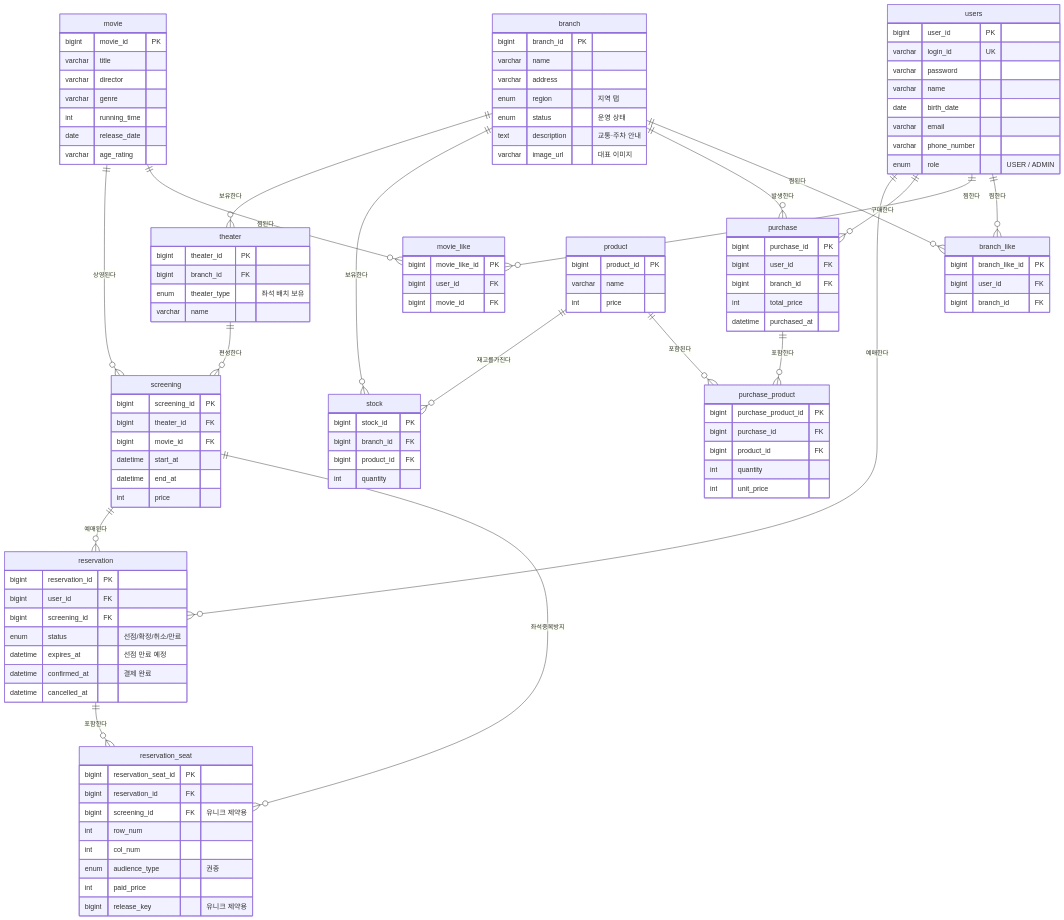
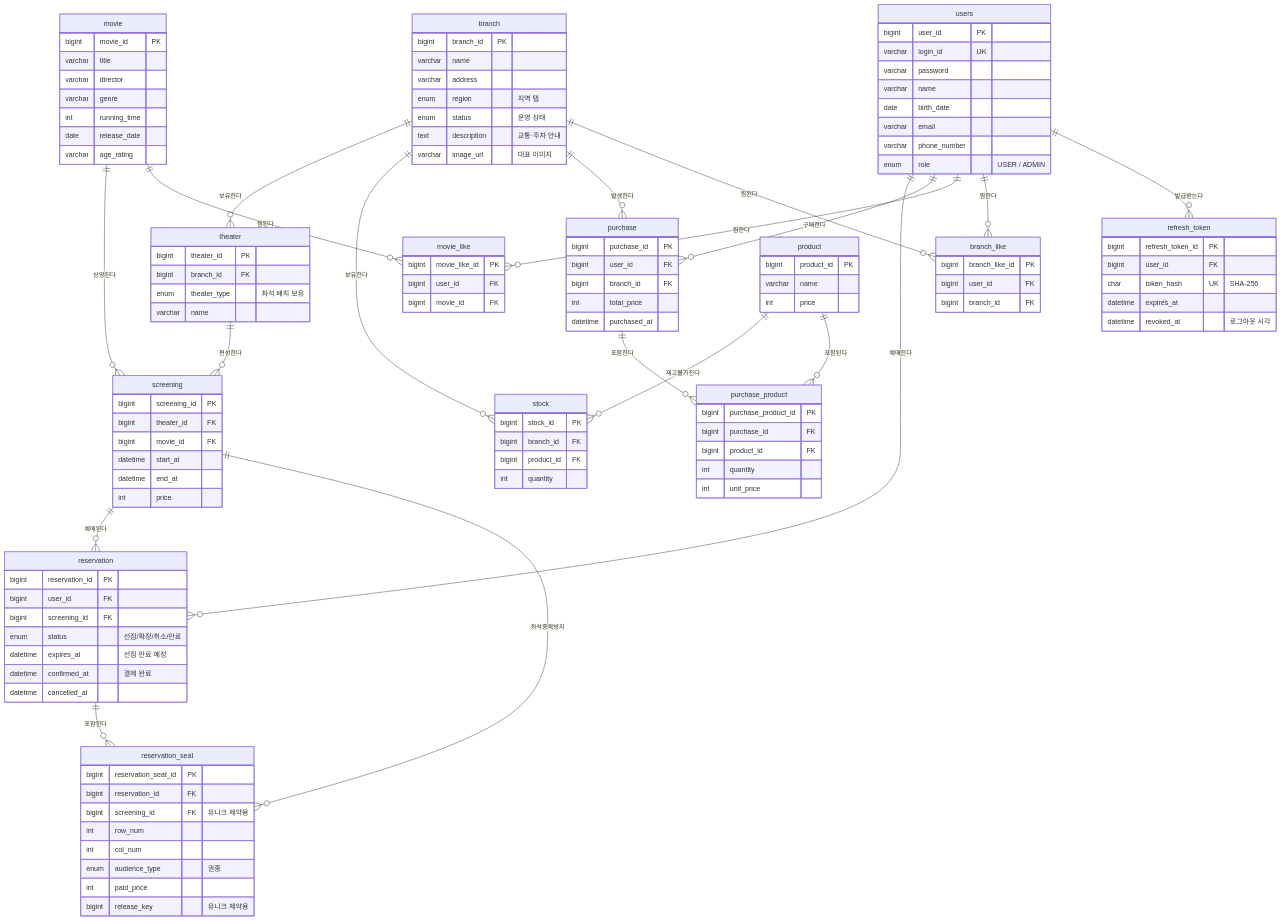
Before and after one commit to CEOS-Developers/spring-cgv-24th: the first of 2 diagrams in README.md, drawn with Mermaid. The commit also changed other lines of this file and 1 other file, not shown here.

````diff
--- a/README.md
+++ b/README.md
@@ -9,6 +9,7 @@
     users ||--o{ purchase : "구매한다"
     users ||--o{ movie_like : "찜한다"
     users ||--o{ branch_like : "찜한다"
+    users ||--o{ refresh_token : "발급받는다"
     branch ||--o{ theater : "보유한다"
     branch ||--o{ stock : "보유한다"
     branch ||--o{ purchase : "발생한다"
@@ -119,4 +120,11 @@
         bigint user_id FK
         bigint branch_id FK
     }
+    refresh_token {
+        bigint refresh_token_id PK
+        bigint user_id FK
+        char token_hash UK "SHA-256"
+        datetime expires_at
+        datetime revoked_at "로그아웃 시각"
+    }
 ```
````
